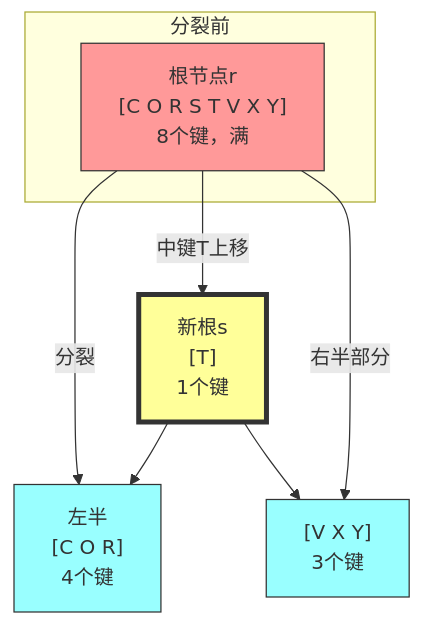
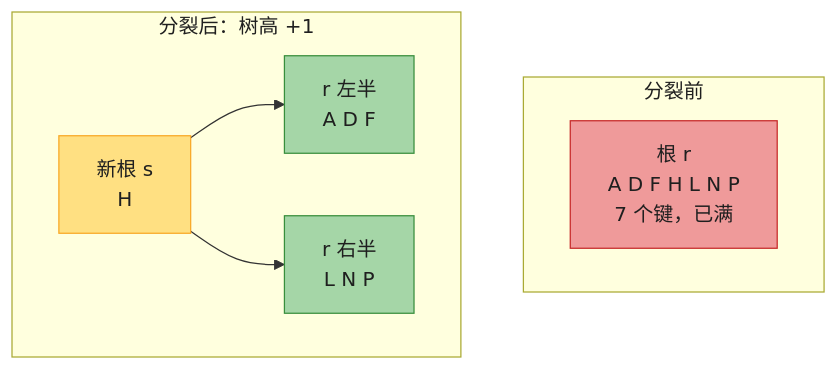
The third of 12 diagrams in IntroductionToAlgorithms/Chapter18_B树_深度版.md (socoo123/book_reading), drawn with Mermaid before and after one commit. The commit also changed other lines of this file and 30 other files, not shown here.

````diff
--- a/IntroductionToAlgorithms/Chapter18_B树_深度版.md
+++ b/IntroductionToAlgorithms/Chapter18_B树_深度版.md
@@ -348,18 +195,17 @@
 ```mermaid
 graph TD
-    subgraph 分裂前
-    R["根节点r<br/>[C O R S T V X Y]<br/>8个键，满"]
+    subgraph Before["分裂前"]
+        R1["根 r<br/>A D F H L N P<br/>7 个键，已满"]
+    end
+    subgraph After["分裂后：树高 +1"]
+        S["新根 s<br/>H"] --> L["r 左半<br/>A D F"]
+        S --> R2["r 右半<br/>L N P"]
     end
 
-    R --> |分裂| R1["左半<br/>[C O R]<br/>4个键"]
-    R --> |中键T上移| NewRoot["新根s<br/>[T]<br/>1个键"]
-    R --> |右半部分| R2["[V X Y]<br/>3个键"]
-
-    NewRoot --> R1
-    NewRoot --> R2
-
-    style R fill:#f99,stroke:#333
-    style NewRoot fill:#ff9,stroke:#333,stroke-width:4px
-    style R1 fill:#9ff,stroke:#333
-    style R2 fill:#9ff,stroke:#333
+    classDef full fill:#EF9A9A,stroke:#C62828,color:#1f1f1f;
+    classDef root fill:#FFE082,stroke:#F9A825,color:#1f1f1f;
+    classDef half fill:#A5D6A7,stroke:#388E3C,color:#1f1f1f;
+    class R1 full;
+    class S root;
+    class L,R2 half;
 ```
````
